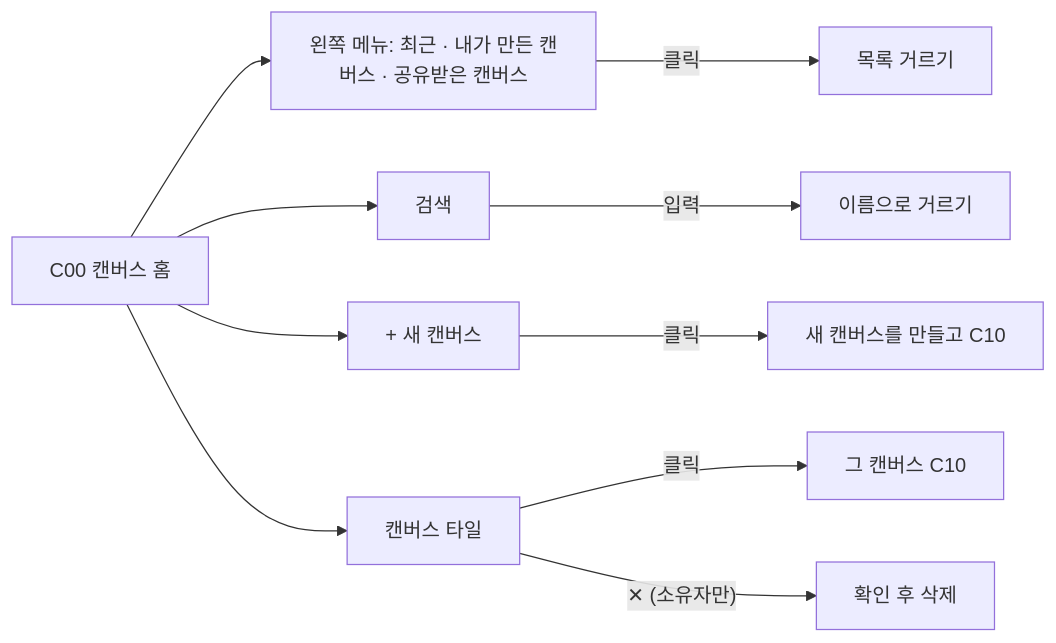
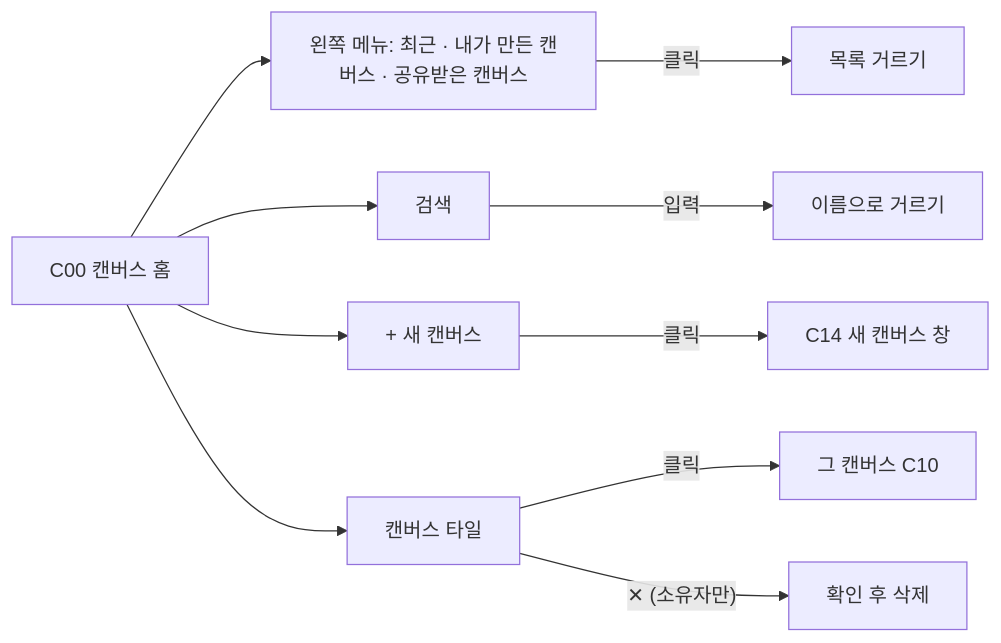
Before and after one commit to vamos-team/telescope: the third of 12 diagrams in docs/frontend/ia.md, drawn with Mermaid. The commit also changed other lines of this file and 14 other files, not shown here.

````diff
--- a/docs/frontend/ia.md
+++ b/docs/frontend/ia.md
@@ -144,12 +144,12 @@
 ```mermaid
 flowchart LR
   H["C00 캔버스 홈"] --> M["왼쪽 메뉴: 최근 · 내가 만든 캔버스 · 공유받은 캔버스"]
   H --> Q["검색"]
   H --> N["+ 새 캔버스"]
   H --> TL["캔버스 타일"]
   M -->|클릭| M1["목록 거르기"]
   Q -->|입력| Q1["이름으로 거르기"]
-  N -->|클릭| C10["새 캔버스를 만들고 C10"]
+  N -->|클릭| C14["C14 새 캔버스 창"]
   TL -->|클릭| C10b["그 캔버스 C10"]
   TL -->|"✕ (소유자만)"| D["확인 후 삭제"]
 ```
````
